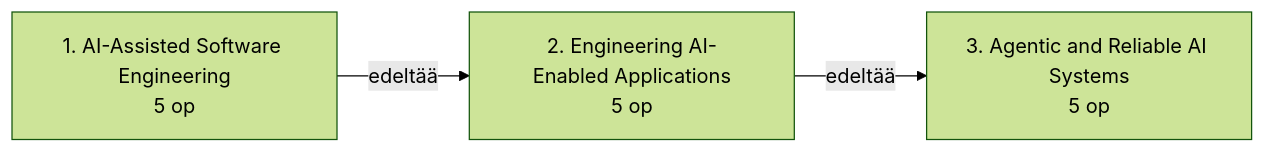
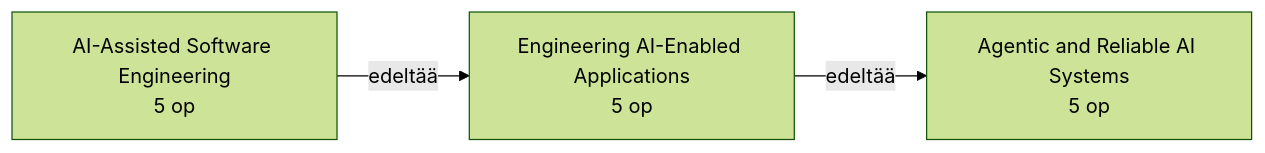
One commit to pohjus/pohjus.github.io changed the diagram in hanke/README.md. Above: the diagram before and after it, drawn with Mermaid (forest theme). The commit also changed other lines of this file and 2 other files, not shown here.

````diff
--- a/hanke/README.md
+++ b/hanke/README.md
@@ -36,5 +12,5 @@
 ```mermaid
 flowchart LR
-    A["1. AI-Assisted Software Engineering<br/>5 op"] -->|edeltää| B["2. Engineering AI-Enabled Applications<br/>5 op"]
-    B -->|edeltää| C["3. Agentic and Reliable AI Systems<br/>5 op"]
+    A["AI-Assisted Software Engineering<br/>5 op"] -->|edeltää| B["Engineering AI-Enabled Applications<br/>5 op"]
+    B -->|edeltää| C["Agentic and Reliable AI Systems<br/>5 op"]
 ```
````
